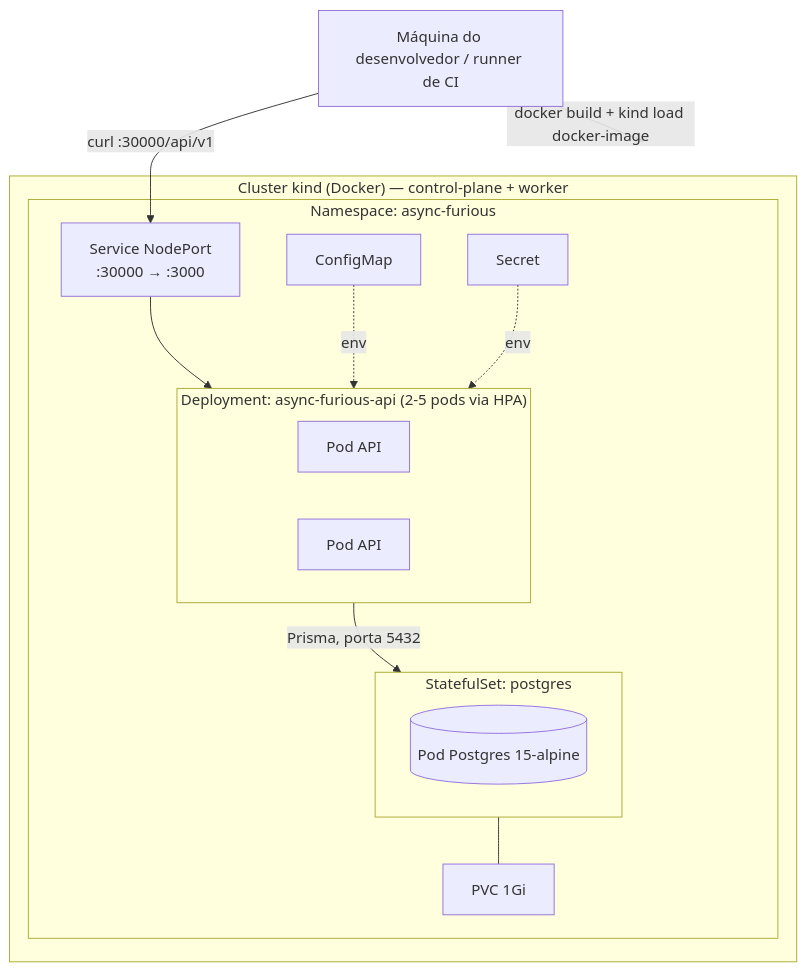
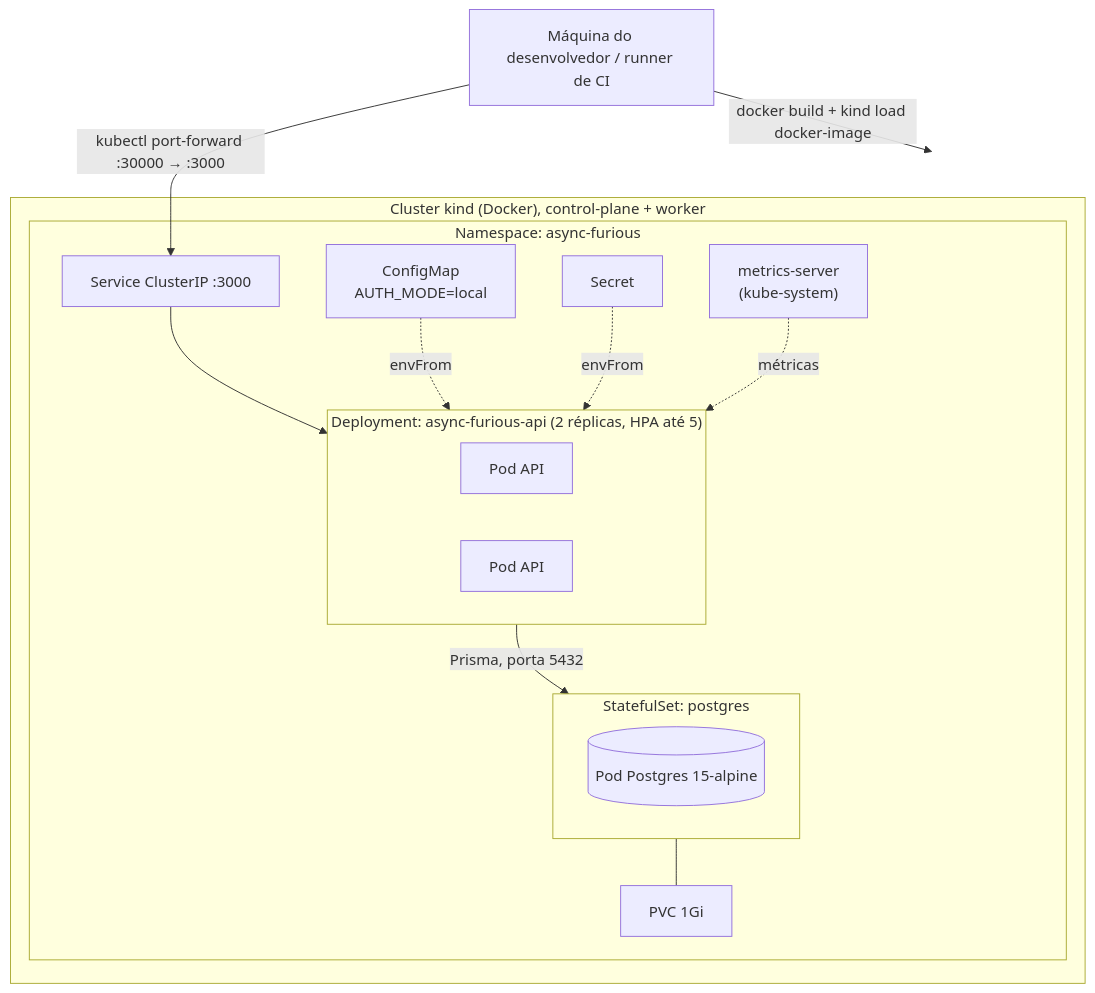
The first of 2 diagrams in docs/architecture/deployment-diagram.md (Async-And-Furious/async-furious-project), drawn with Mermaid before and after one commit. The commit also changed other lines of this file, not shown here.

First line of the commit message:
docs: redesenhar o diagrama de implantacao para o ambiente real

````diff
--- a/docs/architecture/deployment-diagram.md
+++ b/docs/architecture/deployment-diagram.md
@@ -15,28 +16,30 @@
 ```mermaid
 flowchart TB
     dev["Máquina do desenvolvedor / runner de CI"]
 
-    subgraph kind["Cluster kind (Docker) — control-plane + worker"]
+    subgraph kind["Cluster kind (Docker), control-plane + worker"]
         subgraph ns["Namespace: async-furious"]
-            subgraph deploy["Deployment: async-furious-api (2-5 pods via HPA)"]
+            subgraph deploy["Deployment: async-furious-api (2 réplicas, HPA até 5)"]
                 pod1["Pod API"]
                 pod2["Pod API"]
             end
-            svc["Service NodePort<br/>:30000 → :3000"]
-            cm["ConfigMap"]
+            svc["Service ClusterIP :3000"]
+            cm["ConfigMap<br/>AUTH_MODE=local"]
             sec["Secret"]
             subgraph sts["StatefulSet: postgres"]
                 pgpod[("Pod Postgres 15-alpine")]
             end
             pvc["PVC 1Gi"]
+            ms["metrics-server<br/>(kube-system)"]
             svc --> deploy
-            cm -.env.-> deploy
-            sec -.env.-> deploy
+            cm -.envFrom.-> deploy
+            sec -.envFrom.-> deploy
             sts --- pvc
             deploy -->|Prisma, porta 5432| sts
+            ms -.métricas.-> deploy
         end
     end
 
     dev -->|"docker build + kind load docker-image"| kind
-    dev -->|"curl :30000/api/v1"| svc
+    dev -->|"kubectl port-forward :30000 → :3000"| svc
 ```
````
